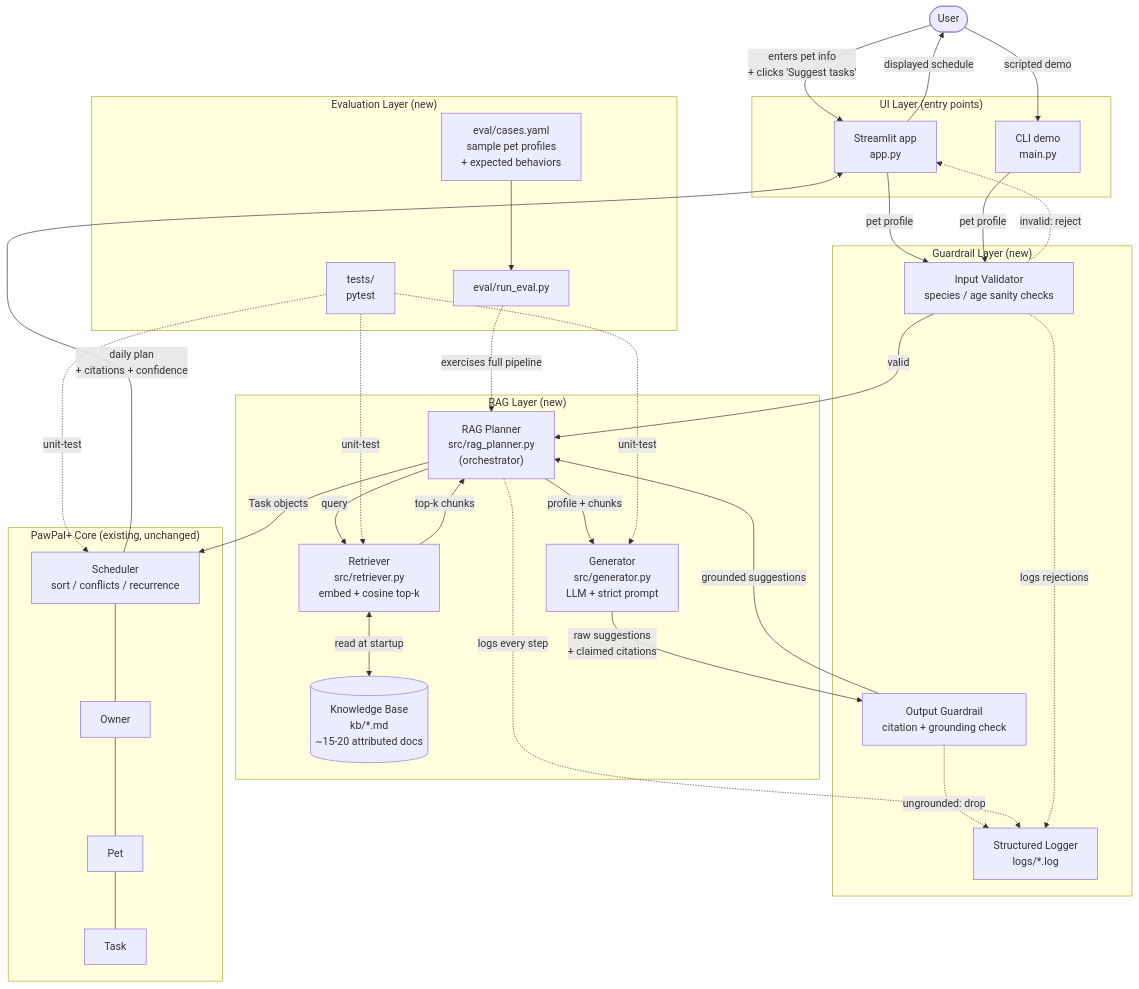
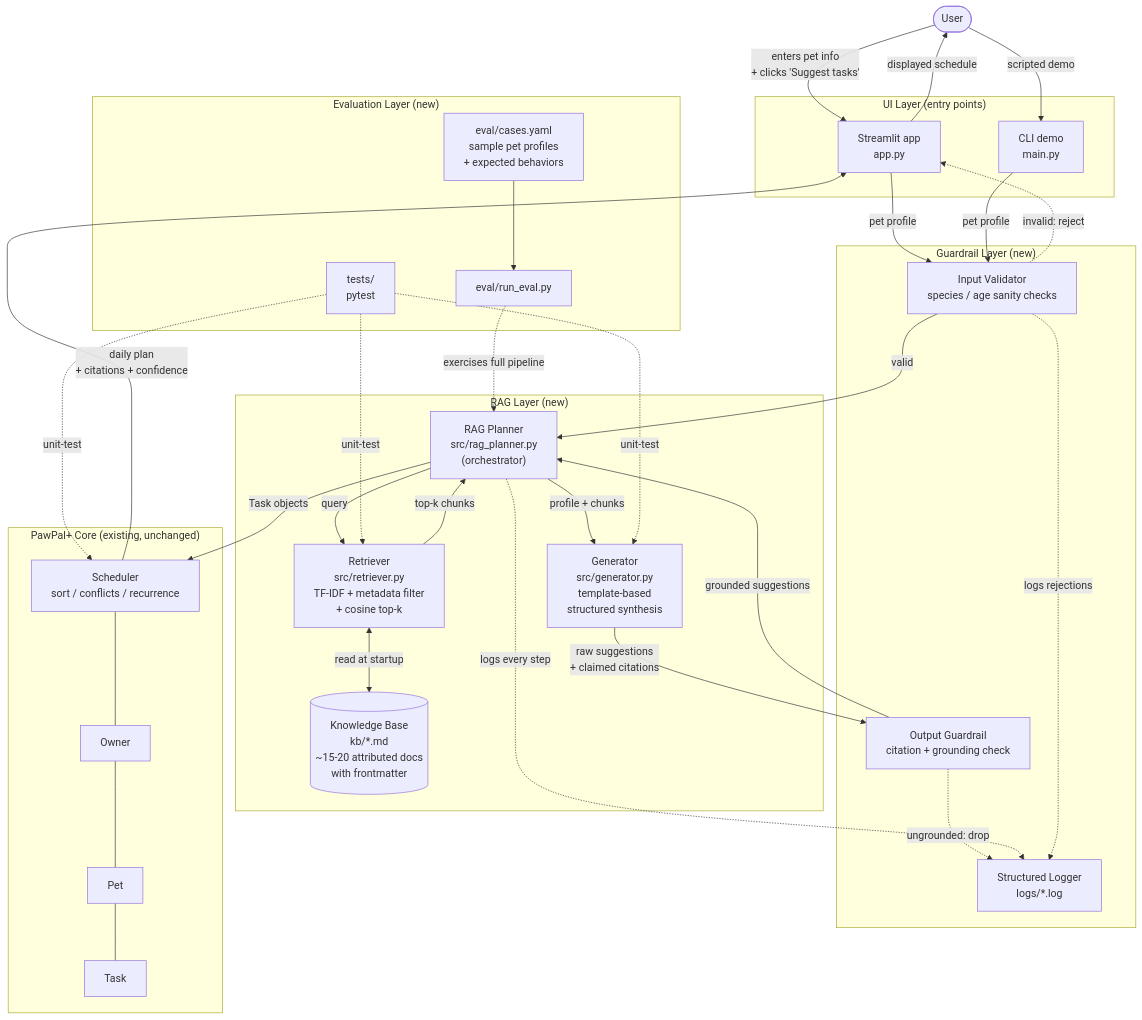
Before and after one commit to t-mthy/applied-ai-system-rag-pet-care-planner: the first of 2 diagrams in assets/architecture.md, drawn with Mermaid. The commit also changed other lines of this file and 1 other file, not shown here.

Commit message:
docs: architecture pivot to offline-first stack (TF-IDF + templates)

````diff
--- a/assets/architecture.md
+++ b/assets/architecture.md
@@ -20,71 +42,71 @@
 ```mermaid
 flowchart TD
     User([User])
 
     subgraph UI ["UI Layer (entry points)"]
         Streamlit["Streamlit app<br/>app.py"]
         CLI["CLI demo<br/>main.py"]
     end
 
     subgraph Guard ["Guardrail Layer (new)"]
         InputVal["Input Validator<br/>species / age sanity checks"]
         OutputGuard["Output Guardrail<br/>citation + grounding check"]
         Logger["Structured Logger<br/>logs/*.log"]
     end
 
     subgraph RAG ["RAG Layer (new)"]
         Planner["RAG Planner<br/>src/rag_planner.py<br/>(orchestrator)"]
-        Retriever["Retriever<br/>src/retriever.py<br/>embed + cosine top-k"]
-        KB[("Knowledge Base<br/>kb/*.md<br/>~15-20 attributed docs")]
-        Generator["Generator<br/>src/generator.py<br/>LLM + strict prompt"]
+        Retriever["Retriever<br/>src/retriever.py<br/>TF-IDF + metadata filter<br/>+ cosine top-k"]
+        KB[("Knowledge Base<br/>kb/*.md<br/>~15-20 attributed docs<br/>with frontmatter")]
+        Generator["Generator<br/>src/generator.py<br/>template-based<br/>structured synthesis"]
     end
 
     subgraph Core ["PawPal+ Core (existing, unchanged)"]
         Scheduler["Scheduler<br/>sort / conflicts / recurrence"]
         Owner["Owner"]
         Pet["Pet"]
         Task["Task"]
     end
 
     subgraph Eval ["Evaluation Layer (new)"]
         EvalCases["eval/cases.yaml<br/>sample pet profiles<br/>+ expected behaviors"]
         EvalRunner["eval/run_eval.py"]
         UnitTests["tests/<br/>pytest"]
     end
 
     User -->|enters pet info<br/>+ clicks 'Suggest tasks'| Streamlit
     User -->|scripted demo| CLI
 
     Streamlit -->|pet profile| InputVal
     CLI -->|pet profile| InputVal
 
     InputVal -->|valid| Planner
     InputVal -. invalid: reject .-> Streamlit
 
     Planner -->|query| Retriever
     Retriever <-->|read at startup| KB
     Retriever -->|top-k chunks| Planner
 
     Planner -->|profile + chunks| Generator
     Generator -->|raw suggestions<br/>+ claimed citations| OutputGuard
 
     OutputGuard -->|grounded suggestions| Planner
     OutputGuard -. ungrounded: drop .-> Logger
 
     Planner -->|Task objects| Scheduler
     Owner --- Pet
     Pet --- Task
     Scheduler --- Owner
 
     Scheduler -->|daily plan<br/>+ citations + confidence| Streamlit
     Streamlit -->|displayed schedule| User
 
     EvalCases --> EvalRunner
     EvalRunner -. exercises full pipeline .-> Planner
     UnitTests -. unit-test .-> Retriever
     UnitTests -. unit-test .-> Generator
     UnitTests -. unit-test .-> Scheduler
 
     Planner -. logs every step .-> Logger
     InputVal -. logs rejections .-> Logger
 ```
````
